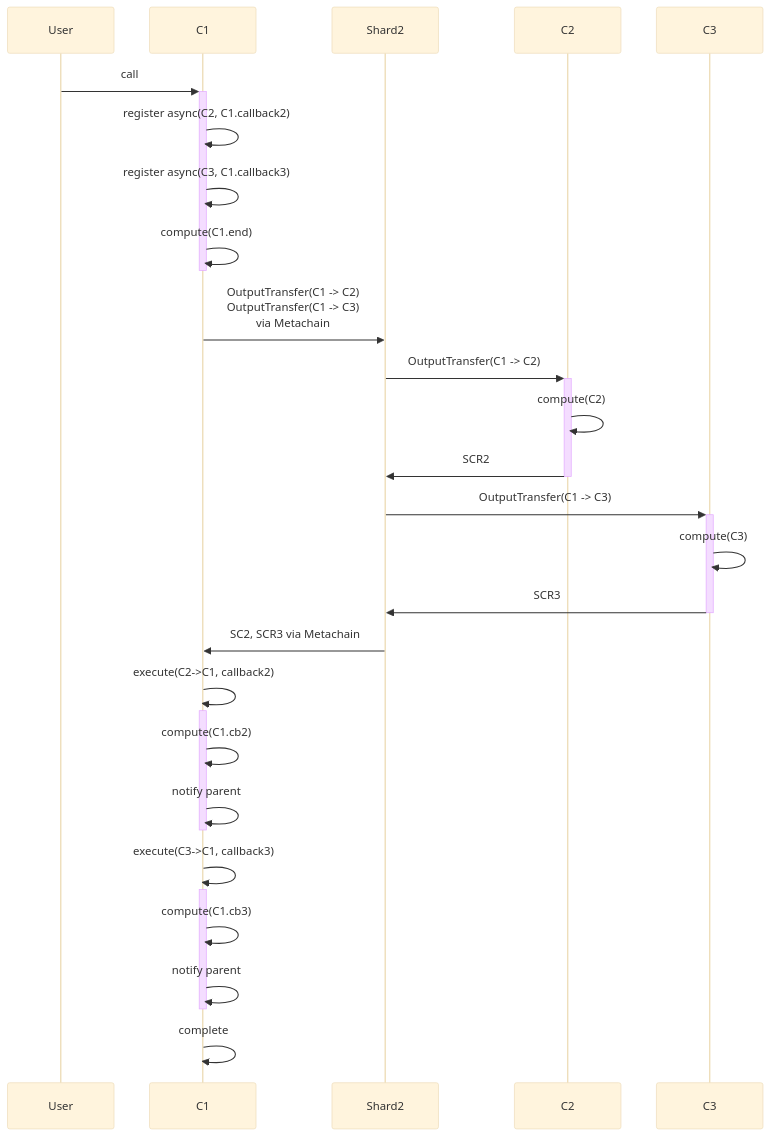
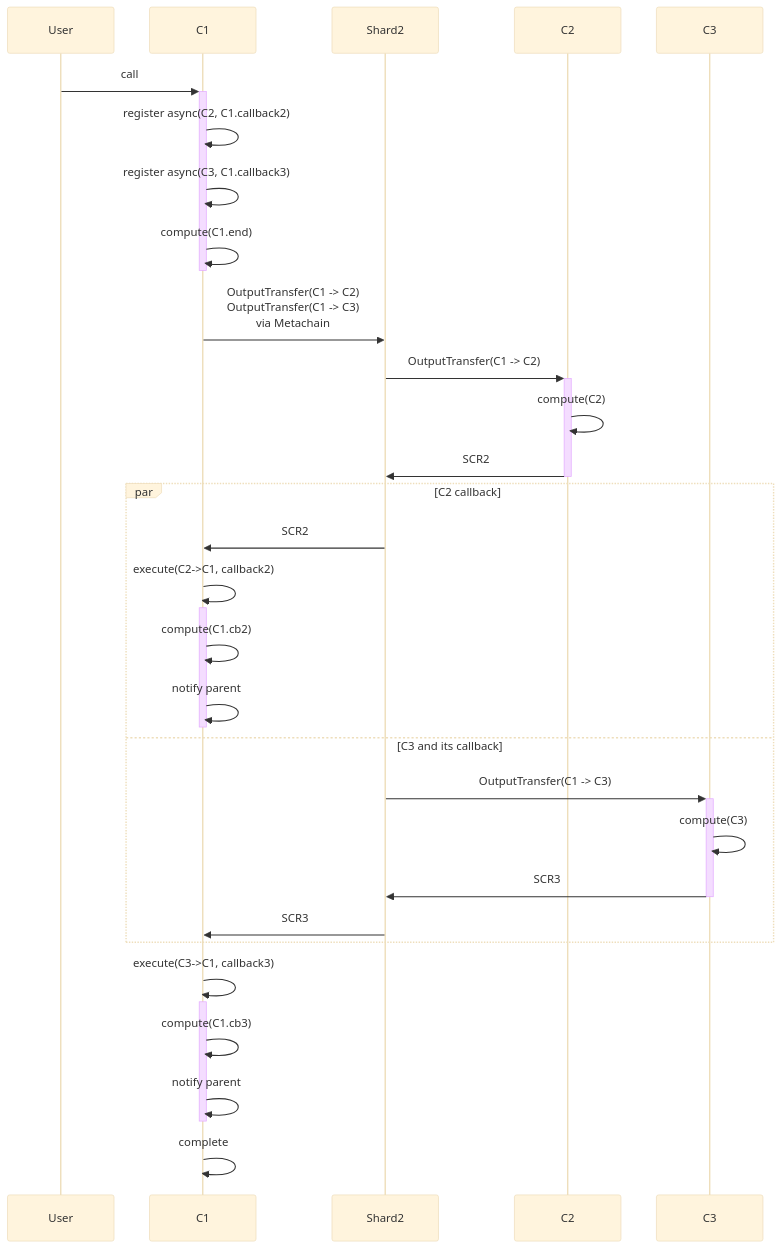
One commit to runtimeverification/multiversx-protocol-audit changed the first of 2 diagrams in async_call/docs/enum/aa(c,c).md. Above: the diagram before and after it, drawn with Mermaid (base theme). The commit also changed other lines of this file and 1 other file, not shown here.

````diff
--- a/async_call/docs/enum/aa(c,c).md
+++ b/async_call/docs/enum/aa(c,c).md
@@ -40,36 +40,36 @@
 ```mermaid
 sequenceDiagram
   participant User
   participant C1
   participant Shard2
   participant C2
   participant C3
   
   User ->>+ C1: call
   C1 ->> C1: register async(C2, C1.callback2)
   C1 ->> C1: register async(C3, C1.callback3)
   C1 ->>- C1: compute(C1.end)
   
   C1 ->> Shard2: OutputTransfer(C1 -> C2)<br/>OutputTransfer(C1 -> C3)<br/>via Metachain
 
   Shard2 ->>+ C2: OutputTransfer(C1 -> C2) 
   C2 ->> C2: compute(C2)
   C2 ->>- Shard2: SCR2
 
-  Shard2 ->>+ C3: OutputTransfer(C1 -> C3) 
-  C3 ->> C3: compute(C3)
-  C3 ->>- Shard2: SCR3
-
-  Shard2 ->> C1: SC2, SCR3 via Metachain
-
-  C1 ->>+ C1: execute(C2->C1, callback2)
-  C1 ->> C1: compute(C1.cb2)
-  C1 ->>- C1: notify parent
-
-
+  par C2 callback
+    Shard2 ->> C1: SCR2
+    C1 ->>+ C1: execute(C2->C1, callback2)
+    C1 ->> C1: compute(C1.cb2)
+    C1 ->>- C1: notify parent
+  and C3 and its callback
+    Shard2 ->>+ C3: OutputTransfer(C1 -> C3) 
+    C3 ->> C3: compute(C3)
+    C3 ->>- Shard2: SCR3
+    Shard2 ->> C1: SCR3
+  end
   C1 ->>+ C1: execute(C3->C1, callback3)
   C1 ->> C1: compute(C1.cb3)
   C1 ->>- C1: notify parent
 
   C1 ->> C1: complete
 ```
````
